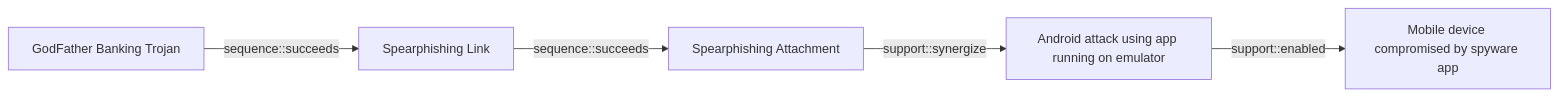
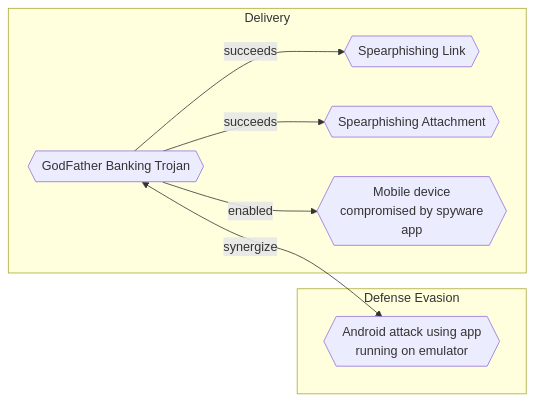
Before and after one commit to opentidehq/library: the diagram in docs/threats/godfather-banking-trojan.md, drawn with Mermaid. The commit also changed other lines of this file and 540 other files, not shown here.

````diff
--- a/docs/threats/godfather-banking-trojan.md
+++ b/docs/threats/godfather-banking-trojan.md
@@ -99,12 +103,16 @@
 ```mermaid
 flowchart LR
-46a79e6f_3df1_4332_a452_3f1fe83bdaf3["GodFather Banking Trojan"]
-1a68b5eb_0112_424d_a21f_88dda0b6b8df["Spearphishing Link"]
-dd5d942c_bac4_4000_b9a6_ca4fef6cfb84["Spearphishing Attachment"]
-4a4a7c81_ca98_4761_8f23_7ef6354e9d1c["Android attack using app running on emulator"]
-99c78650_8e19_4756_90fb_2573242577ca["Mobile device compromised by spyware app"]
-46a79e6f_3df1_4332_a452_3f1fe83bdaf3 -->|sequence::succeeds| 1a68b5eb_0112_424d_a21f_88dda0b6b8df
-1a68b5eb_0112_424d_a21f_88dda0b6b8df -->|sequence::succeeds| dd5d942c_bac4_4000_b9a6_ca4fef6cfb84
-dd5d942c_bac4_4000_b9a6_ca4fef6cfb84 -->|support::synergize| 4a4a7c81_ca98_4761_8f23_7ef6354e9d1c
-4a4a7c81_ca98_4761_8f23_7ef6354e9d1c -->|support::enabled| 99c78650_8e19_4756_90fb_2573242577ca
+subgraph "Delivery"
+46a79e6f_3df1_4332_a452_3f1fe83bdaf3{{"GodFather Banking Trojan"}}
+1a68b5eb_0112_424d_a21f_88dda0b6b8df{{"Spearphishing Link"}}
+dd5d942c_bac4_4000_b9a6_ca4fef6cfb84{{"Spearphishing Attachment"}}
+99c78650_8e19_4756_90fb_2573242577ca{{"Mobile device<br>compromised by spyware<br>app"}}
+end
+subgraph "Defense Evasion"
+4a4a7c81_ca98_4761_8f23_7ef6354e9d1c{{"Android attack using app<br>running on emulator"}}
+end
+46a79e6f_3df1_4332_a452_3f1fe83bdaf3 -->|succeeds| 1a68b5eb_0112_424d_a21f_88dda0b6b8df
+46a79e6f_3df1_4332_a452_3f1fe83bdaf3 -->|succeeds| dd5d942c_bac4_4000_b9a6_ca4fef6cfb84
+46a79e6f_3df1_4332_a452_3f1fe83bdaf3 <-->|synergize| 4a4a7c81_ca98_4761_8f23_7ef6354e9d1c
+46a79e6f_3df1_4332_a452_3f1fe83bdaf3 -->|enabled| 99c78650_8e19_4756_90fb_2573242577ca
 ```
````
